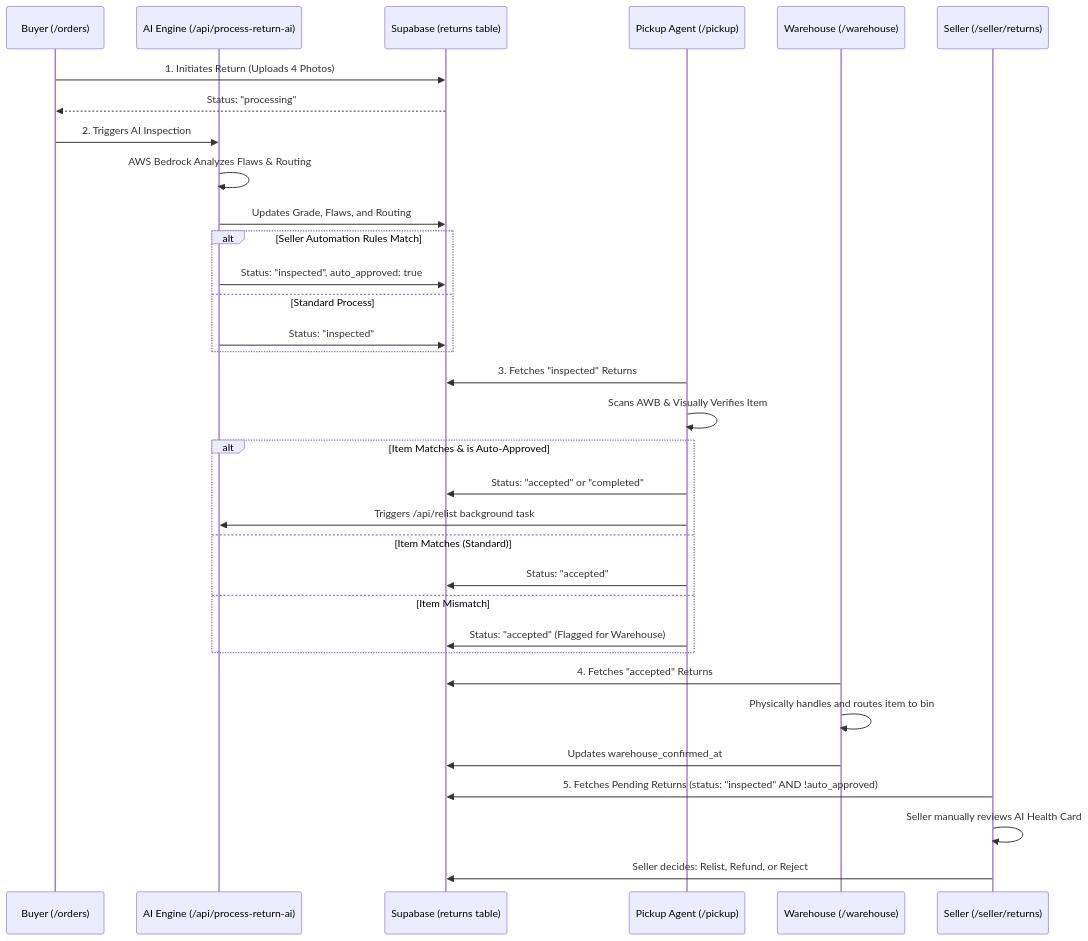
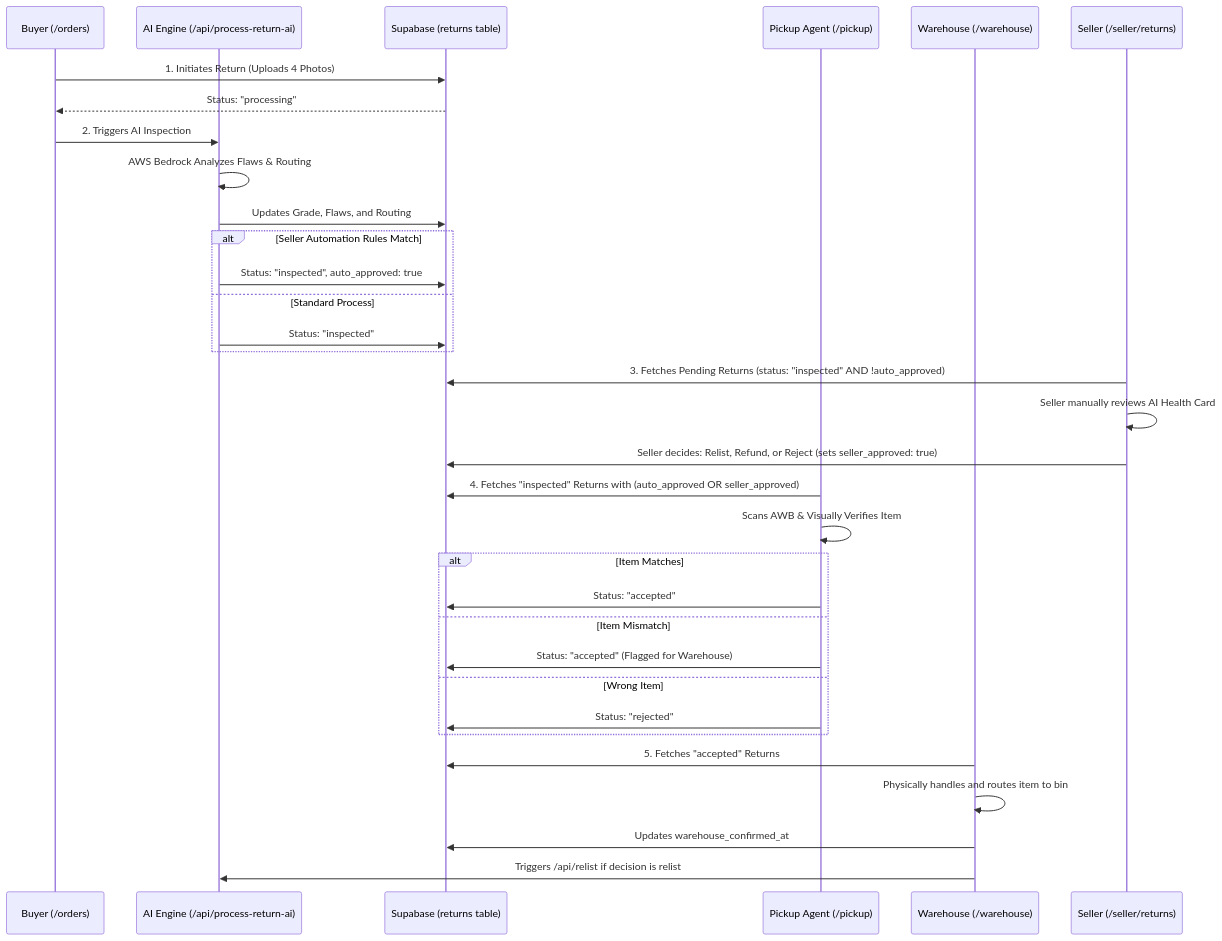
One commit to ChinmayNandawat/HackOn changed the first of 2 diagrams in flow.md. Above: the diagram before and after it, drawn with Mermaid. The commit also changed other lines of this file and 7 other files, not shown here.

Commit message:
flow correction

````diff
--- a/flow.md
+++ b/flow.md
@@ -7,42 +7,42 @@
 ```mermaid
 sequenceDiagram
     participant B as Buyer (/orders)
     participant API as AI Engine (/api/process-return-ai)
     participant DB as Supabase (returns table)
     participant PA as Pickup Agent (/pickup)
     participant WH as Warehouse (/warehouse)
     participant SA as Seller (/seller/returns)
 
     B->>DB: 1. Initiates Return (Uploads 4 Photos)
     DB-->>B: Status: "processing"
     
     B->>API: 2. Triggers AI Inspection
     API->>API: AWS Bedrock Analyzes Flaws & Routing
     API->>DB: Updates Grade, Flaws, and Routing
     
     alt Seller Automation Rules Match
         API->>DB: Status: "inspected", auto_approved: true
     else Standard Process
         API->>DB: Status: "inspected"
     end
     
-    PA->>DB: 3. Fetches "inspected" Returns
+    SA->>DB: 3. Fetches Pending Returns (status: "inspected" AND !auto_approved)
+    SA->>SA: Seller manually reviews AI Health Card
+    SA->>DB: Seller decides: Relist, Refund, or Reject (sets seller_approved: true)
+    
+    PA->>DB: 4. Fetches "inspected" Returns with (auto_approved OR seller_approved)
     PA->>PA: Scans AWB & Visually Verifies Item
     
-    alt Item Matches & is Auto-Approved
-        PA->>DB: Status: "accepted" or "completed"
-        PA->>API: Triggers /api/relist background task
-    else Item Matches (Standard)
+    alt Item Matches 
         PA->>DB: Status: "accepted"
     else Item Mismatch
         PA->>DB: Status: "accepted" (Flagged for Warehouse)
+    else Wrong Item
+        PA->>DB: Status: "rejected"
     end
     
-    WH->>DB: 4. Fetches "accepted" Returns
+    WH->>DB: 5. Fetches "accepted" Returns
     WH->>WH: Physically handles and routes item to bin
     WH->>DB: Updates warehouse_confirmed_at
-    
-    SA->>DB: 5. Fetches Pending Returns (status: "inspected" AND !auto_approved)
-    SA->>SA: Seller manually reviews AI Health Card
-    SA->>DB: Seller decides: Relist, Refund, or Reject
+    WH->>API: Triggers /api/relist if decision is relist
 ```
````
